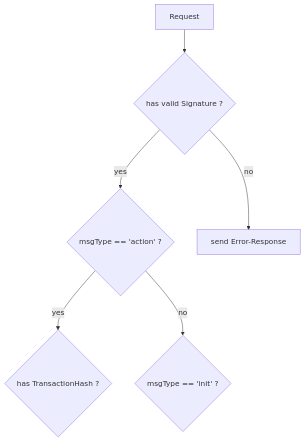
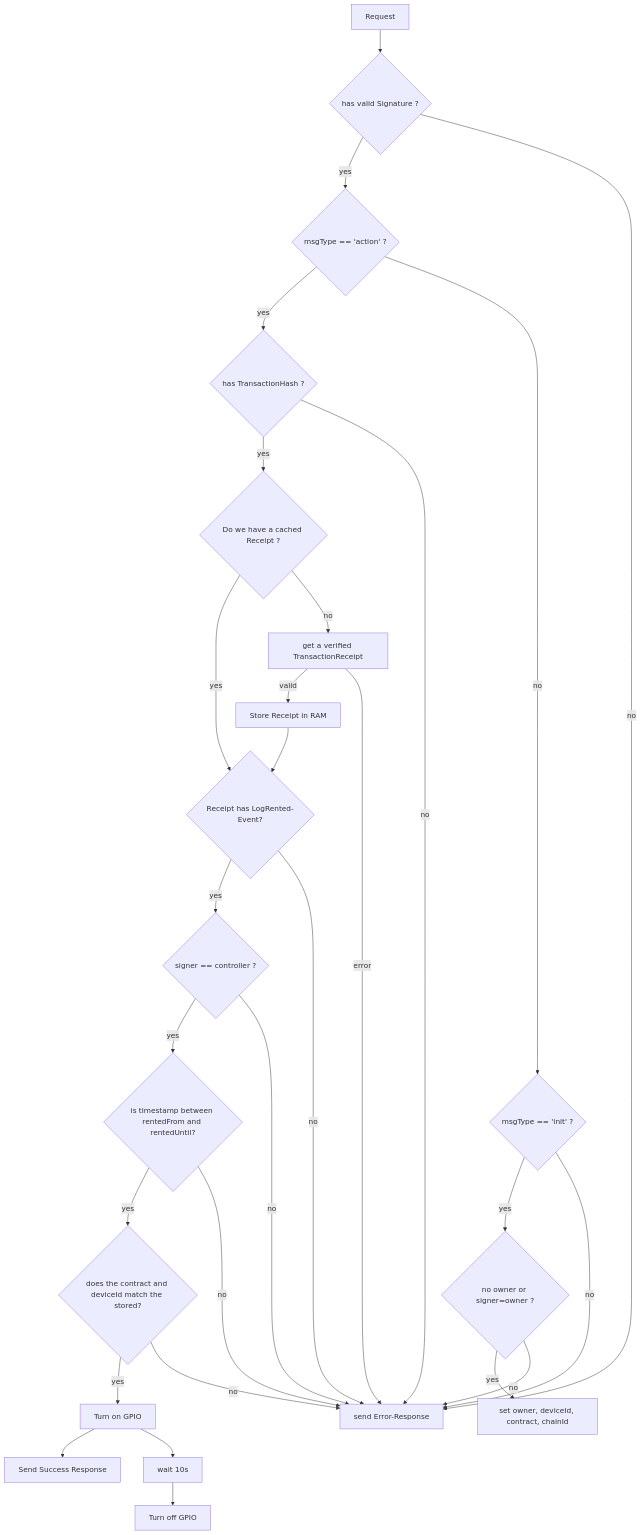
Before and after one commit to blockchainsllc/in3: the second of 2 diagrams in docs/USN-APP.md, drawn with Mermaid.

````diff
--- a/docs/USN-APP.md
+++ b/docs/USN-APP.md
@@ -25,13 +25,47 @@
 ```mermaid
 graph TD
     
     req[Request] --> hasSignature{ has valid Signature ? }
     hasSignature -- yes --> isAction{ msgType == 'action' ? }
     hasSignature -- no --> reject[ send Error-Response ]
     
     isAction -- yes --> hasTransaction{ has TransactionHash ? }
     isAction -- no --> isInit{ msgType == 'init' ? }
     
+    isInit -- yes --> isOwner{ no owner or signer=owner ? }
+    isInit -- no --> reject
+
+    isOwner -- yes --> setDeviceParams[ set owner, deviceId, contract, chainId ]
+    isOwner -- no --> reject
+    
+    hasTransaction -- yes --> isCached{ Do we have a cached Receipt ?}
+    hasTransaction -- no --> reject
+    
+    isCached -- yes --> hasEvent{Receipt has LogRented-Event?}
+    isCached -- no --> in3_tx[ get a verified TransactionReceipt ] 
+
+    
+    in3_tx -- valid --> cache[Store Receipt in RAM]
+    in3_tx -- error --> reject
+    
+    cache --> hasEvent
+
+    hasEvent -- yes --> checkSignature{ signer == controller ? }
+    hasEvent -- no --> reject
+    
+    checkSignature -- yes --> checkTime{ is timestamp between rentedFrom and rentedUntil? }
+    checkSignature -- no --> reject
+    
+    checkTime -- yes --> checkDeviceId{ does the contract and deviceId match the stored? }
+    checkTime -- no --> reject
+    
+    checkDeviceId -- yes --> triggerAction[Turn on GPIO]
+    checkDeviceId -- no --> reject
+    
+    triggerAction --> sendSuccess[Send Success Response]
+    triggerAction --> wait[wait 10s]
+    wait --> turnOff[Turn off GPIO]
+    
     
     
 ```
````
